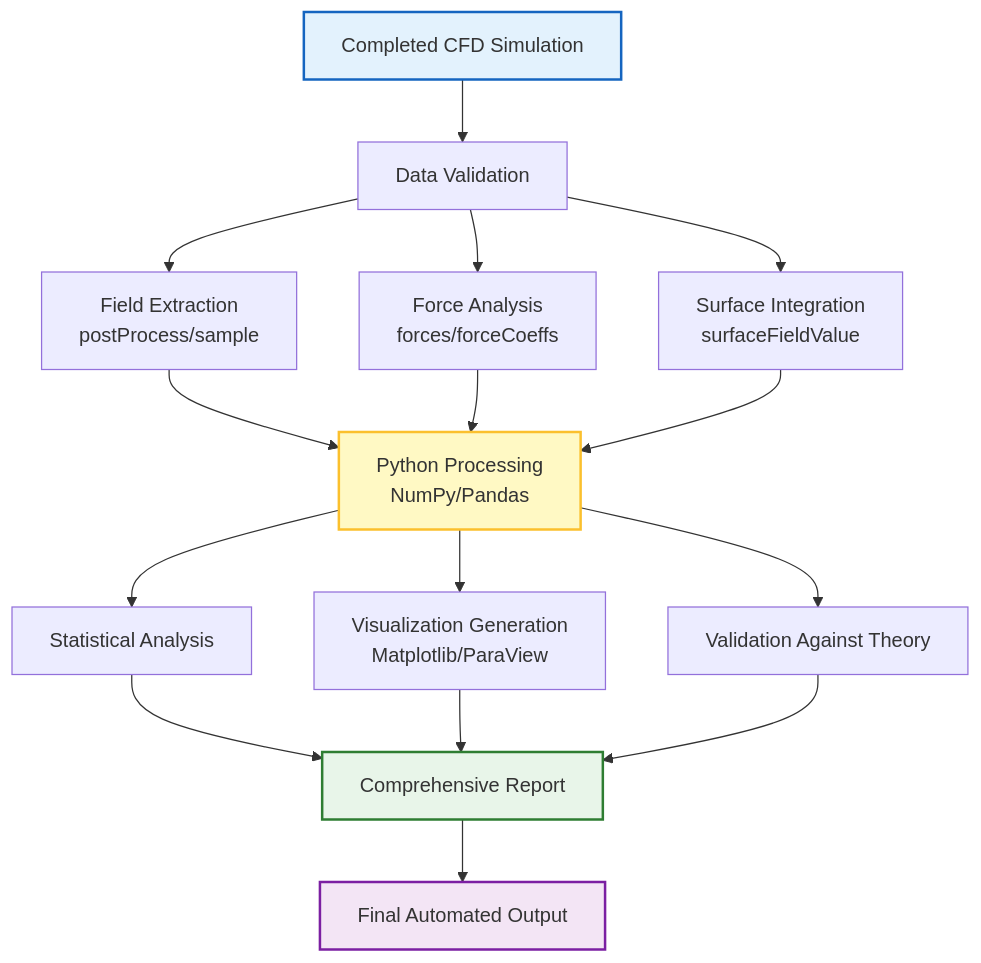
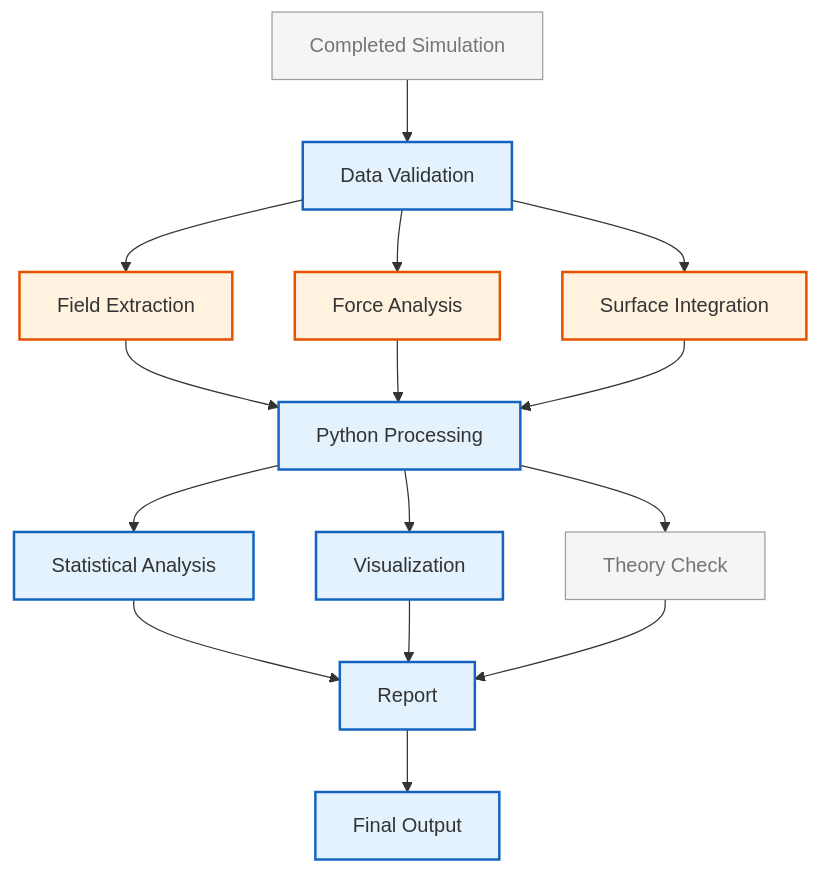
The diagram in MODULE_07_UTILITIES_AUTOMATION/CONTENT/03_POST_PROCESSING/05_Automated_PostProcessing.md (wramet/build-my-cfd), drawn with Mermaid before and after one commit. The commit also changed 313 other files, not shown here.

Commit message:
Revise all diagram

````diff
--- a/MODULE_07_UTILITIES_AUTOMATION/CONTENT/03_POST_PROCESSING/05_Automated_PostProcessing.md
+++ b/MODULE_07_UTILITIES_AUTOMATION/CONTENT/03_POST_PROCESSING/05_Automated_PostProcessing.md
@@ -13,26 +13,25 @@
 ```mermaid
 flowchart TD
-    A[Completed CFD Simulation] --> B[Data Validation]
-    B --> C[Field Extraction<br/>postProcess/sample]
-    B --> D[Force Analysis<br/>forces/forceCoeffs]
-    B --> E[Surface Integration<br/>surfaceFieldValue]
+%% Classes
+classDef explicit fill:#fff3e0,stroke:#e65100,stroke-width:2px;
+classDef implicit fill:#e3f2fd,stroke:#1565c0,stroke-width:2px;
+classDef context fill:#f5f5f5,stroke:#9e9e9e,stroke-width:1px,color:#757575;
+%% Nodes
+A[Completed Simulation]:::context --> B[Data Validation]:::implicit
+B --> C[Field Extraction]:::explicit
+B --> D[Force Analysis]:::explicit
+B --> E[Surface Integration]:::explicit
 
-    C --> F[Python Processing<br/>NumPy/Pandas]
-    D --> F
-    E --> F
+C --> F[Python Processing]:::implicit
+D --> F
+E --> F
 
-    F --> G[Statistical Analysis]
-    F --> H[Visualization Generation<br/>Matplotlib/ParaView]
-    F --> I[Validation Against Theory]
+F --> G[Statistical Analysis]:::implicit
+F --> H[Visualization]:::implicit
+F --> I[Theory Check]:::context
 
-    G --> J[Comprehensive Report]
-    H --> J
-    I --> J
-
-    J --> K[Final Automated Output]
-
-    style A fill:#e3f2fd,stroke:#1565c0,stroke-width:2px
-    style F fill:#fff9c4,stroke:#fbc02d,stroke-width:2px
-    style J fill:#e8f5e9,stroke:#2e7d32,stroke-width:2px
-    style K fill:#f3e5f5,stroke:#7b1fa2,stroke-width:2px
+G --> J[Report]:::implicit
+H --> J
+I --> J
+J --> K[Final Output]:::implicit
 ```
````
